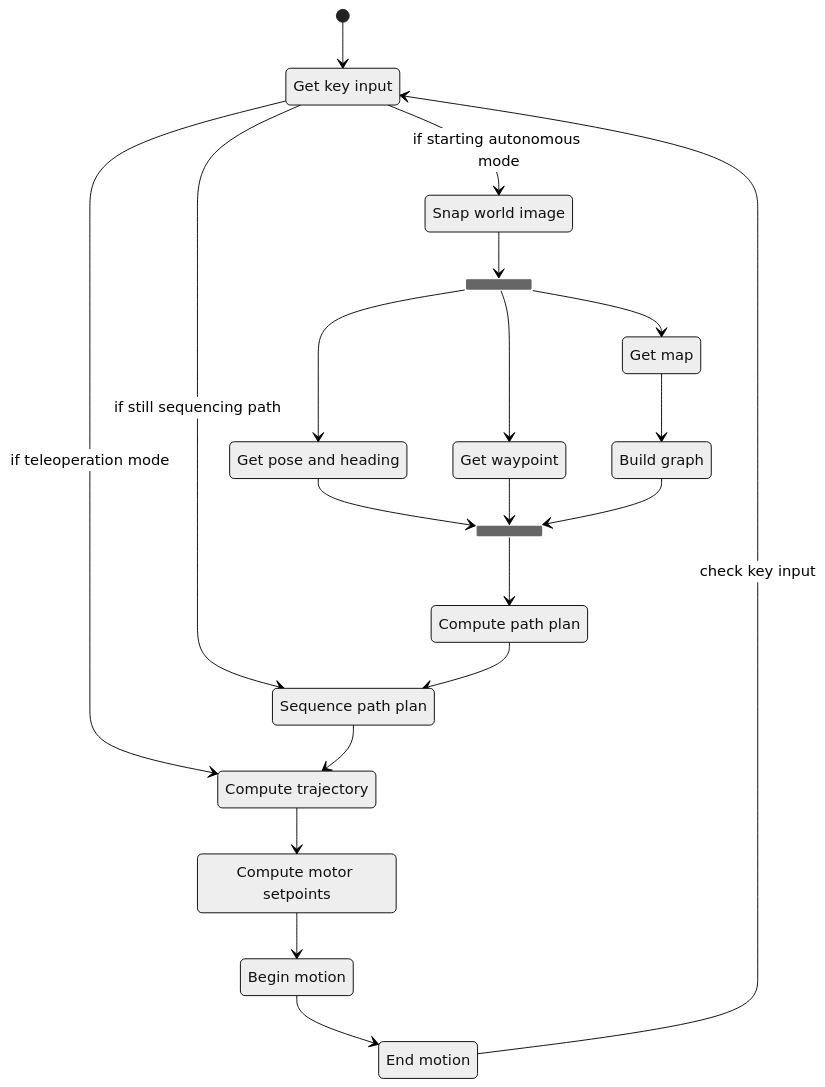
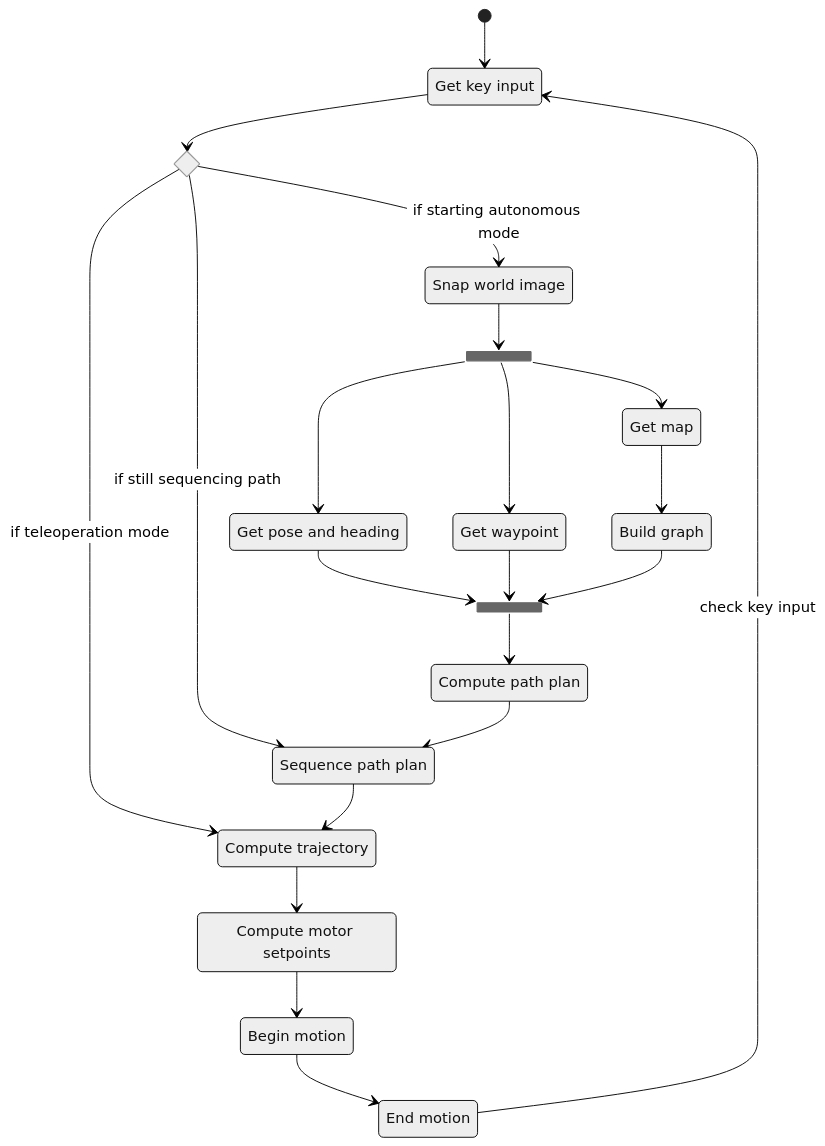
Before and after one commit to dennuguyen/mtrn4110-proj: the first of 2 diagrams in README.md, drawn with Mermaid (neutral theme). The commit also changed other lines of this file, not shown here.

````diff
--- a/README.md
+++ b/README.md
@@ -183,42 +183,44 @@
 ```mermaid
 stateDiagram-v2
     key: Get key input
     snap: Snap world image
     localise: Get pose and heading
     waypoint: Get waypoint
     map: Get map
     graph: Build graph
     path_plan: Compute path plan
     path_sequence: Sequence path plan
     trajectory_planner: Compute trajectory
-    motionPlanner: Compute motor setpoints
-    beginMotion: Begin motion
-    endMotion: End motion
+    motion_planner: Compute motor setpoints
+    begin_motion: Begin motion
+    end_motion: End motion
 
     [*] --> key
 
-    key --> trajectory_planner : if teleoperation mode
-    key --> path_sequence: if still sequencing path
+    state key_choice <<choice>>
+    key --> key_choice
+    key_choice --> trajectory_planner : if teleoperation mode
+    key_choice --> path_sequence: if still sequencing path
+    key_choice --> snap: if starting autonomous mode
 
     state snap_fork <<fork>>
     state snap_join <<fork>>
 
-    key --> snap: if starting autonomous mode
     snap --> snap_fork
     snap_fork --> localise
     snap_fork --> waypoint
     snap_fork --> map
     map --> graph
     localise --> snap_join
     waypoint --> snap_join
     graph --> snap_join
     snap_join --> path_plan
 
     path_plan --> path_sequence
     path_sequence --> trajectory_planner
-    trajectory_planner --> motionPlanner
-    motionPlanner --> beginMotion
-    beginMotion --> endMotion
+    trajectory_planner --> motion_planner
+    motion_planner --> begin_motion
+    begin_motion --> end_motion
 
-    endMotion --> key: check key input
+    end_motion --> key: check key input
 ```
````
